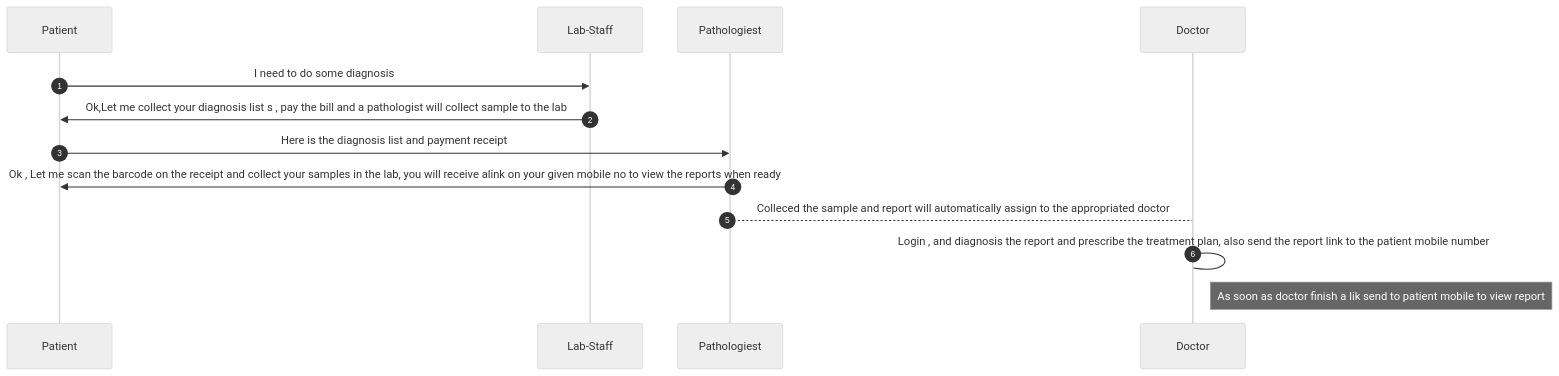
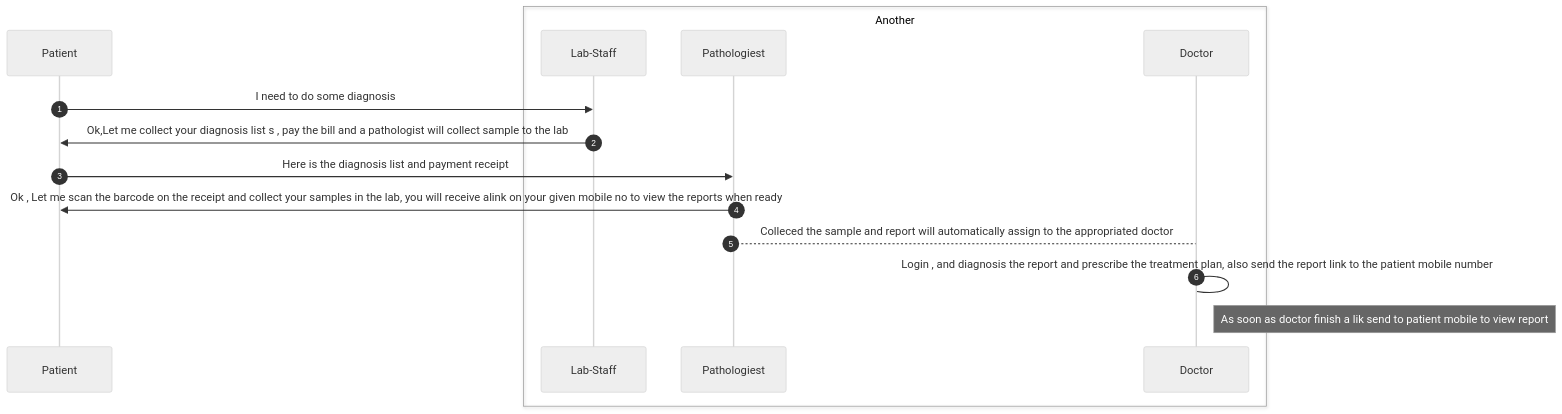
Before and after one commit to mfrony2003/LabReport: the diagram in README.md, drawn with Mermaid (neutral theme).

````diff
--- a/README.md
+++ b/README.md
@@ -4,23 +4,25 @@
 ```mermaid
 sequenceDiagram
  autonumber
-  participant Patient
-  participant Lab-Staff
-  participant Pathologiest
-  participant Doctor
+  participant   Patient
+  box Another
+  participant   Lab-Staff
+  participant   Pathologiest
+  participant   Doctor
+  end
   Patient->>Lab-Staff: I need to do some diagnosis
 
   Lab-Staff->>Patient: Ok,Let me collect your diagnosis list s , pay the bill and a pathologist will collect sample to the lab
 
  Patient->>Pathologiest: Here is the diagnosis list and payment receipt 
 activate Pathologiest
  Pathologiest->>Patient: Ok ,  Let me scan the barcode on the receipt and collect your samples in the lab, you will receive alink on your given mobile no to view the reports when ready 
 
  Pathologiest-->Doctor:Colleced the sample and report will automatically assign to the appropriated doctor
 
  Doctor->Doctor: Login , and diagnosis the report and prescribe the treatment plan, also send the report link to the patient mobile number
 
 Note right of Doctor: As soon as doctor finish a lik send to patient mobile to view report
 
 
 ```
````
